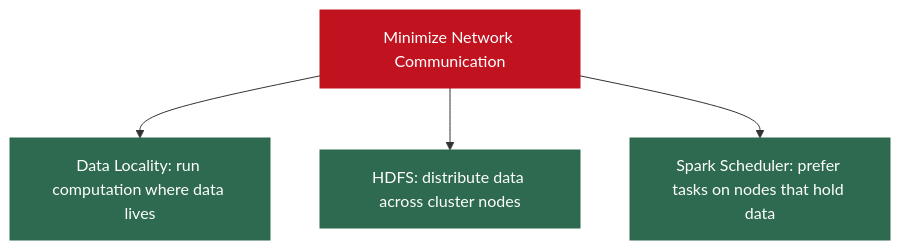
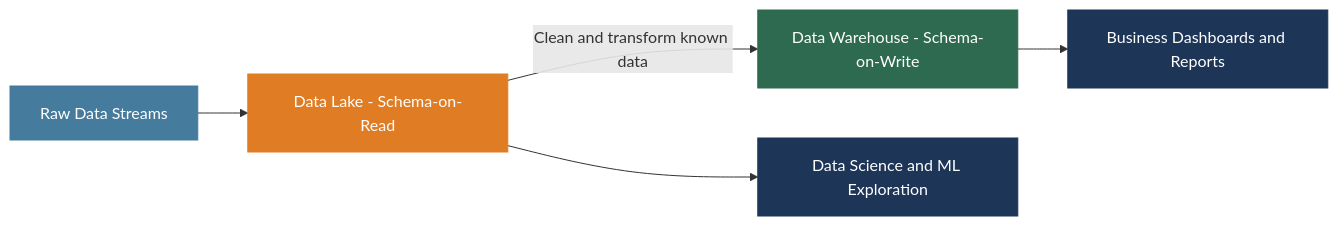
Before and after one commit to MuhammadTahaNasir/Big-Data-Analytics-Notes: the seventh of 8 diagrams in Week1/Lecture2_Hardware_Moores_Amdahls.md, drawn with Mermaid. The commit also changed other lines of this file, not shown here.

````diff
--- a/Week1/Lecture2_Hardware_Moores_Amdahls.md
+++ b/Week1/Lecture2_Hardware_Moores_Amdahls.md
@@ -340,11 +321,13 @@
 ```mermaid
-flowchart TD
-    GOAL[Minimize Network Communication] --> DL[Data Locality: run computation where data lives]
-    GOAL --> HDFS[HDFS: distribute data across cluster nodes]
-    GOAL --> SP[Spark Scheduler: prefer tasks on nodes that hold data]
+flowchart LR
+    A[Raw Data Streams] --> B[Data Lake - Schema-on-Read]
+    B -->|Clean and transform known data| C[Data Warehouse - Schema-on-Write]
+    C --> D[Business Dashboards and Reports]
+    B --> E[Data Science and ML Exploration]
 
-    style GOAL fill:#c1121f,color:#fff,stroke:#c1121f
-    style DL fill:#2d6a4f,color:#fff,stroke:#2d6a4f
-    style HDFS fill:#2d6a4f,color:#fff,stroke:#2d6a4f
-    style SP fill:#2d6a4f,color:#fff,stroke:#2d6a4f
+    style A fill:#457b9d,color:#fff,stroke:#457b9d
+    style B fill:#e07c24,color:#fff,stroke:#e07c24
+    style C fill:#2d6a4f,color:#fff,stroke:#2d6a4f
+    style D fill:#1d3557,color:#fff,stroke:#1d3557
+    style E fill:#1d3557,color:#fff,stroke:#1d3557
 ```
````
